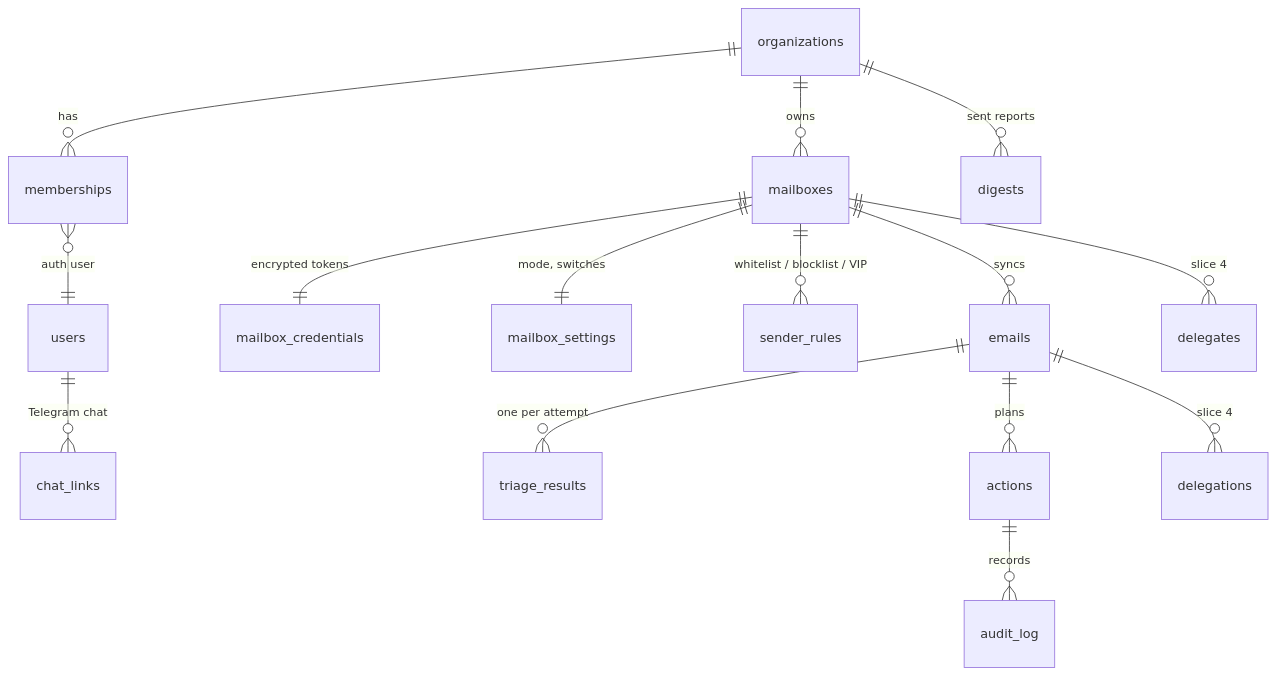
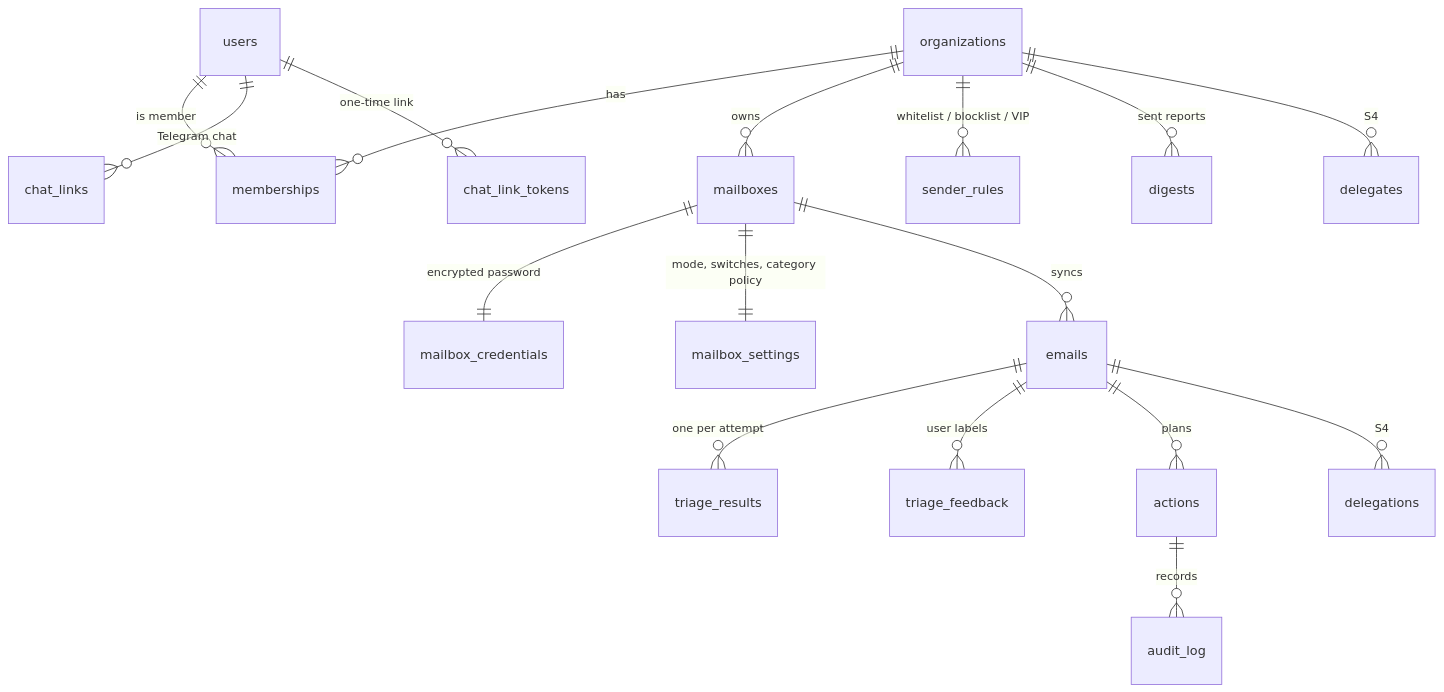
Before and after one commit to Artexs/email_assistant: the fourth of 4 diagrams in docs/architecture.md, drawn with Mermaid. The commit also changed other lines of this file and 33 other files, not shown here.

Commit message:
docs: apply MVP review fixes — IMAP first (ADR 0010), own Postgres in Compose (0011), LLM data/cost rules (0012); architecture, modules, roadmap, brief Q9–Q11, code-patterns; slices S0–S6 (S1a/S1b split); review task done

````diff
--- a/docs/architecture.md
+++ b/docs/architecture.md
@@ -167,17 +235,19 @@
 ```mermaid
 erDiagram
     organizations ||--o{ memberships : has
+    users ||--o{ memberships : "is member"
     organizations ||--o{ mailboxes : owns
-    memberships }o--|| users : "auth user"
-    mailboxes ||--|| mailbox_credentials : "encrypted tokens"
-    mailboxes ||--|| mailbox_settings : "mode, switches"
-    mailboxes ||--o{ sender_rules : "whitelist / blocklist / VIP"
+    mailboxes ||--|| mailbox_credentials : "encrypted password"
+    mailboxes ||--|| mailbox_settings : "mode, switches, category policy"
+    organizations ||--o{ sender_rules : "whitelist / blocklist / VIP"
     mailboxes ||--o{ emails : syncs
     emails ||--o{ triage_results : "one per attempt"
+    emails ||--o{ triage_feedback : "user labels"
     emails ||--o{ actions : plans
     actions ||--o{ audit_log : records
     users ||--o{ chat_links : "Telegram chat"
-    mailboxes ||--o{ delegates : "slice 4"
-    emails ||--o{ delegations : "slice 4"
+    users ||--o{ chat_link_tokens : "one-time link"
     organizations ||--o{ digests : "sent reports"
+    organizations ||--o{ delegates : "S4"
+    emails ||--o{ delegations : "S4"
 ```
````
